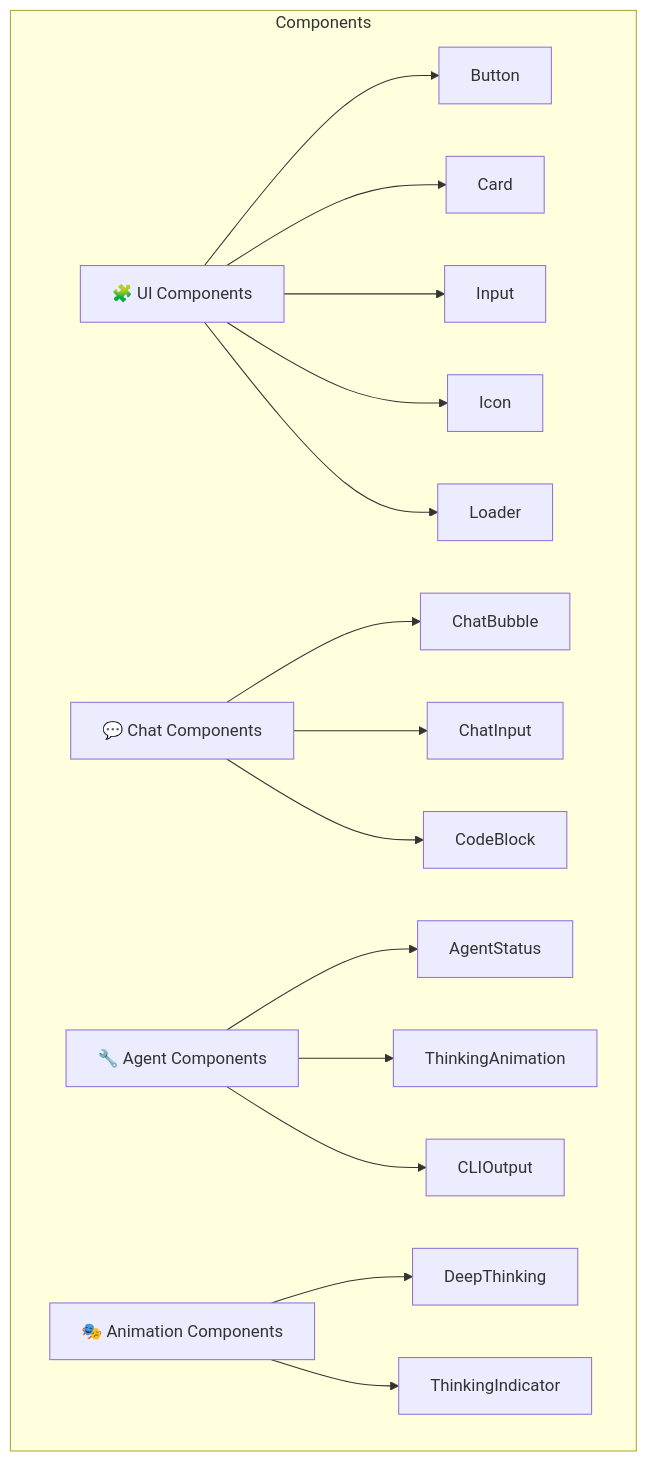
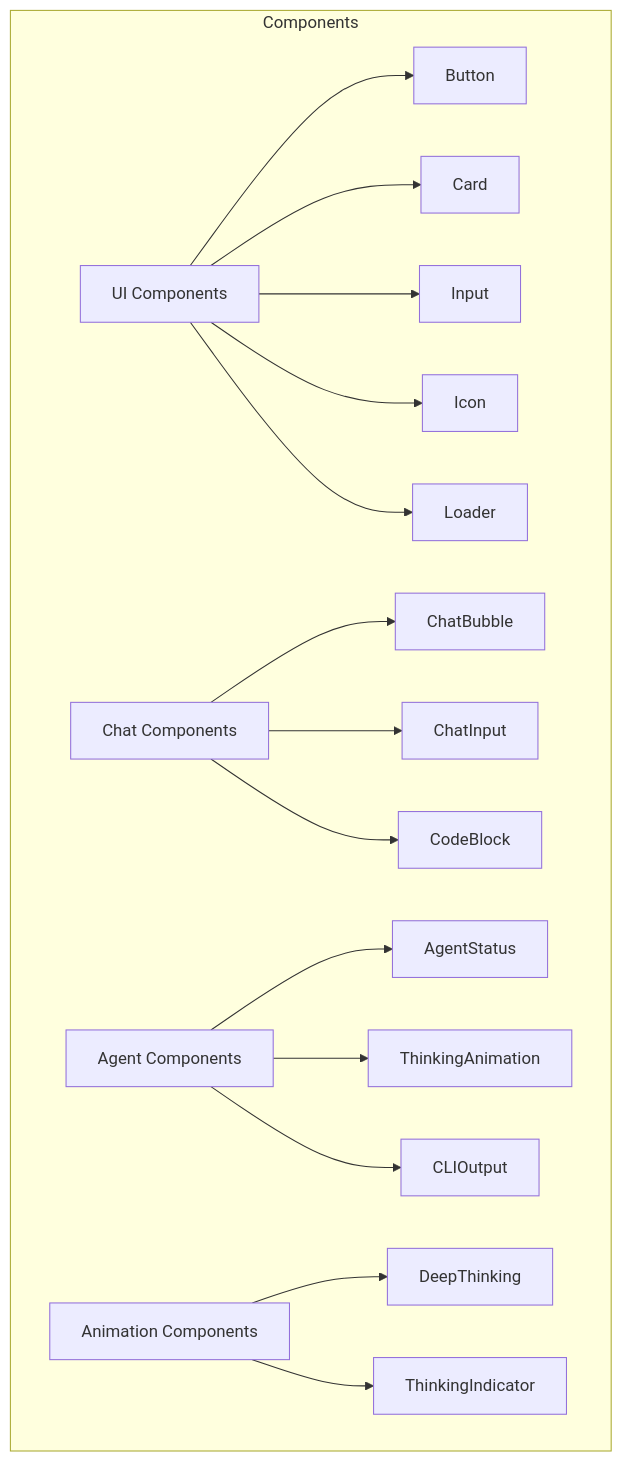
The fourth of 8 diagrams in README.md (amkyawdev/code-agent), drawn with Mermaid before and after one commit. The commit also changed other lines of this file, not shown here.

Commit message:
Fix: Mermaid diagrams - remove emojis for GitHub rendering

````diff
--- a/README.md
+++ b/README.md
@@ -117,21 +113,21 @@
 ```mermaid
 graph TB
     subgraph Components
-        A[🧩 UI Components] --> A1[Button]
+        A[UI Components] --> A1[Button]
         A --> A2[Card]
         A --> A3[Input]
         A --> A4[Icon]
         A --> A5[Loader]
         
-        B[💬 Chat Components] --> B1[ChatBubble]
+        B[Chat Components] --> B1[ChatBubble]
         B --> B2[ChatInput]
         B --> B3[CodeBlock]
         
-        C[🔧 Agent Components] --> C1[AgentStatus]
+        C[Agent Components] --> C1[AgentStatus]
         C --> C2[ThinkingAnimation]
         C --> C3[CLIOutput]
         
-        D[🎭 Animation Components] --> D1[DeepThinking]
+        D[Animation Components] --> D1[DeepThinking]
         D --> D2[ThinkingIndicator]
     end
 ```
````
